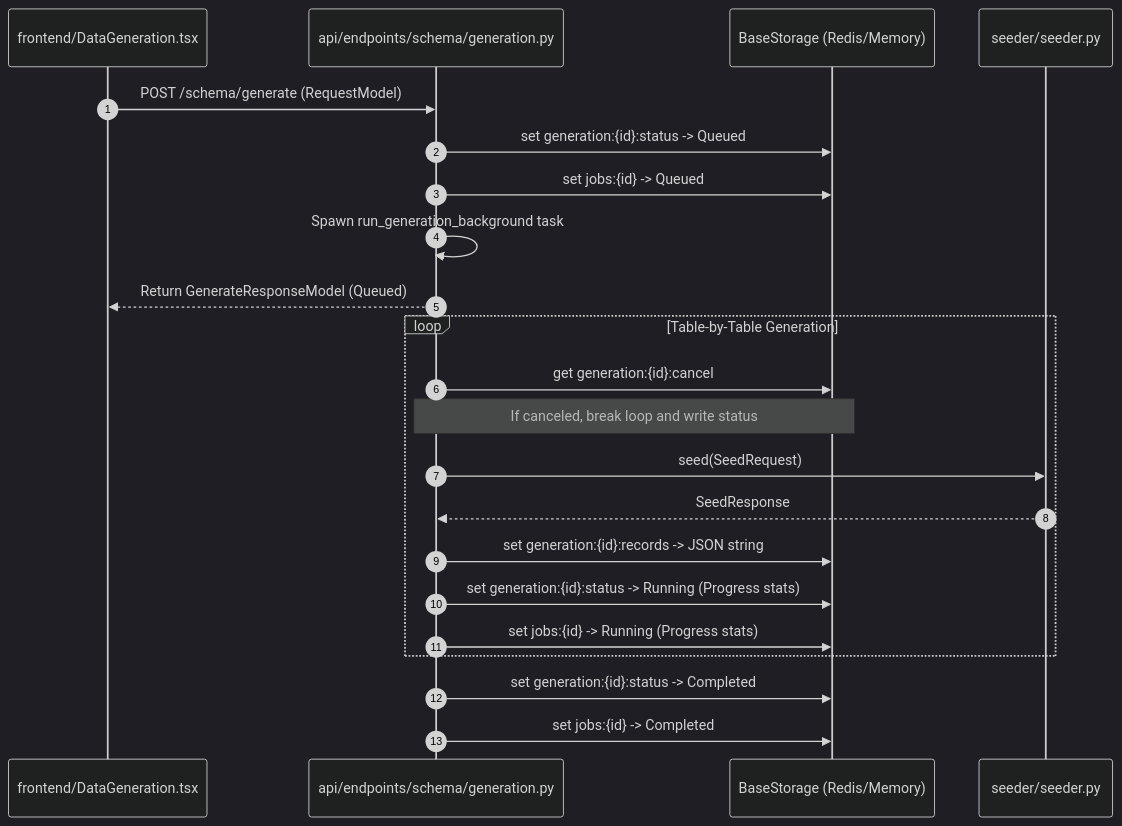
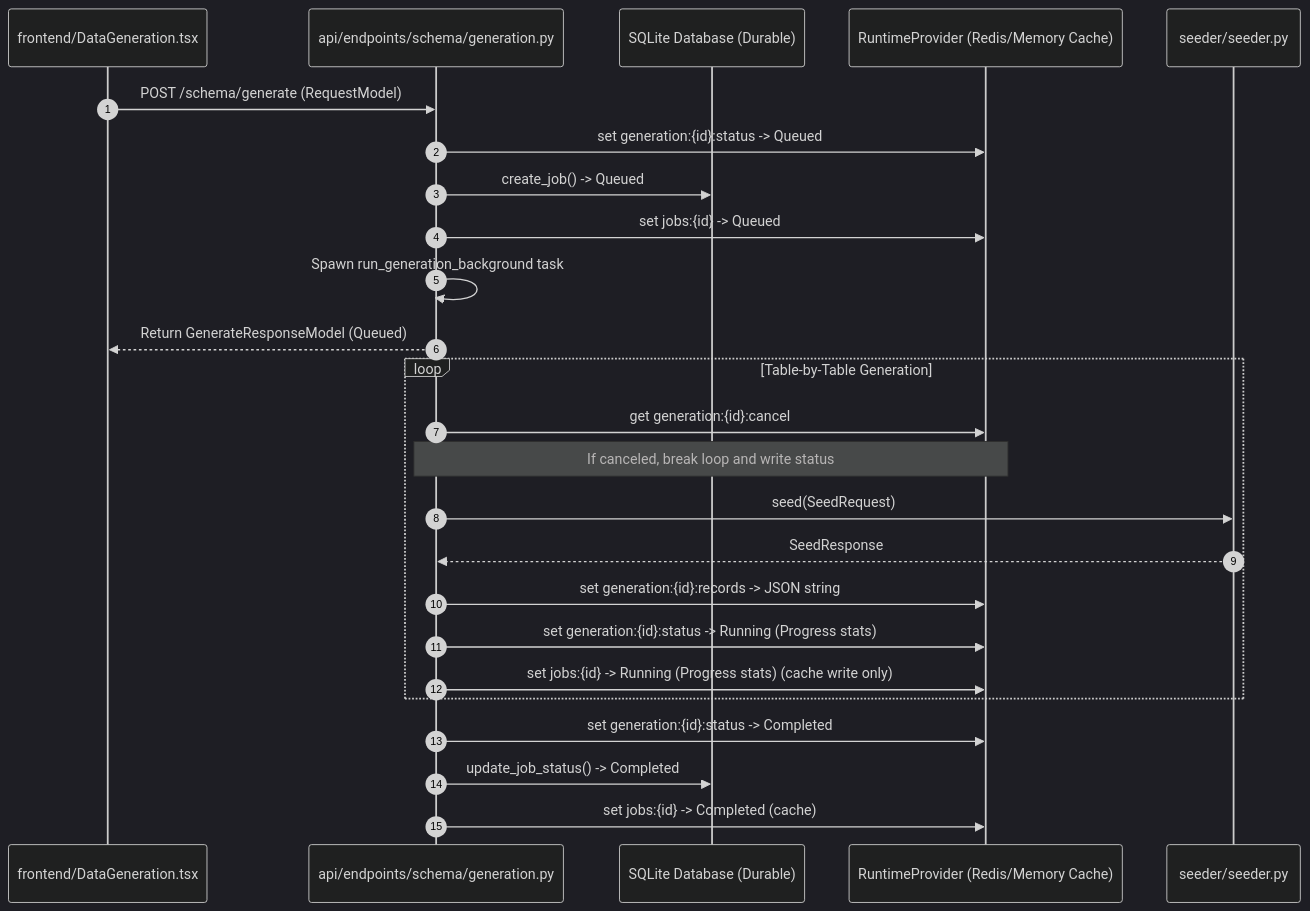
Before and after one commit to starving-array/seed-ops-lite: the first of 8 diagrams in docs/architecture/PERSISTENCE_AND_RUNTIME_ARCHITECTURE.md, drawn with Mermaid (dark theme). The commit also changed other lines of this file and 31 other files, not shown here.

First line of the commit message:
refactor(platform): harden persistence architecture and runtime abstractions

````diff
--- a/docs/architecture/PERSISTENCE_AND_RUNTIME_ARCHITECTURE.md
+++ b/docs/architecture/PERSISTENCE_AND_RUNTIME_ARCHITECTURE.md
@@ -49,25 +80,28 @@
 ```mermaid
 sequenceDiagram
     autonumber
     participant UI as frontend/DataGeneration.tsx
     participant API as api/endpoints/schema/generation.py
-    participant DB as BaseStorage (Redis/Memory)
+    participant SQLite as SQLite Database (Durable)
+    participant Cache as RuntimeProvider (Redis/Memory Cache)
     participant Engine as seeder/seeder.py
     
     UI->>API: POST /schema/generate (RequestModel)
-    API->>DB: set generation:{id}:status -> Queued
-    API->>DB: set jobs:{id} -> Queued
+    API->>Cache: set generation:{id}:status -> Queued
+    API->>SQLite: create_job() -> Queued
+    API->>Cache: set jobs:{id} -> Queued
     API->>API: Spawn run_generation_background task
     API-->>UI: Return GenerateResponseModel (Queued)
     loop Table-by-Table Generation
-        API->>DB: get generation:{id}:cancel
-        Note over API,DB: If canceled, break loop and write status
+        API->>Cache: get generation:{id}:cancel
+        Note over API,Cache: If canceled, break loop and write status
         API->>Engine: seed(SeedRequest)
         Engine-->>API: SeedResponse
-        API->>DB: set generation:{id}:records -> JSON string
-        API->>DB: set generation:{id}:status -> Running (Progress stats)
-        API->>DB: set jobs:{id} -> Running (Progress stats)
+        API->>Cache: set generation:{id}:records -> JSON string
+        API->>Cache: set generation:{id}:status -> Running (Progress stats)
+        API->>Cache: set jobs:{id} -> Running (Progress stats) (cache write only)
     end
-    API->>DB: set generation:{id}:status -> Completed
-    API->>DB: set jobs:{id} -> Completed
+    API->>Cache: set generation:{id}:status -> Completed
+    API->>SQLite: update_job_status() -> Completed
+    API->>Cache: set jobs:{id} -> Completed (cache)
 ```
````
